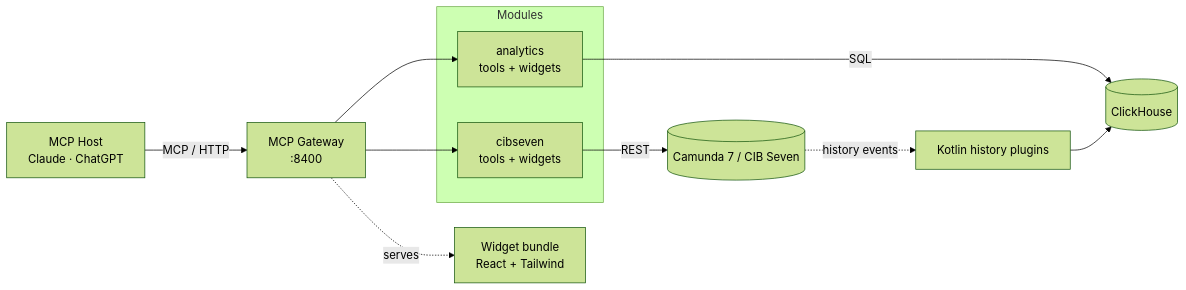
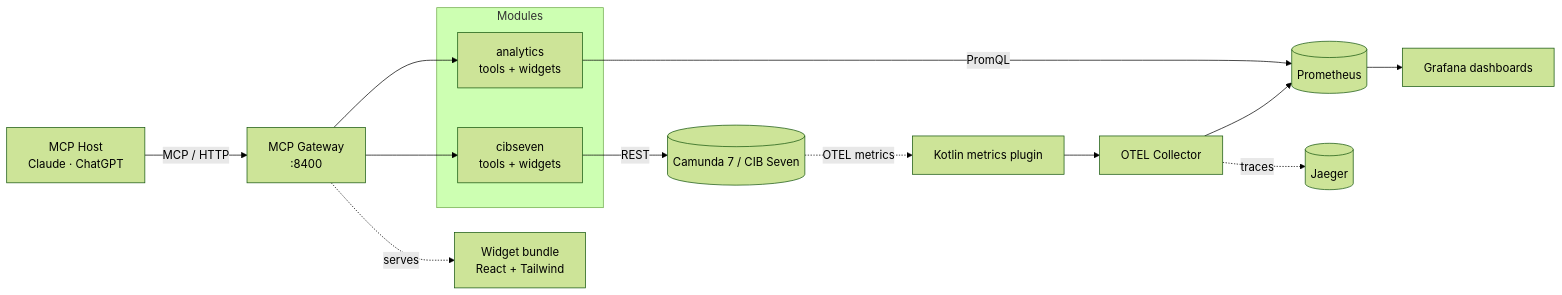
The diagram in docs/architecture.md (Miragon/miragon-ai), drawn with Mermaid (forest theme) before and after one commit. The commit also changed other lines of this file and 109 other files, not shown here.

First line of the commit message:
feat(analytics): metric-first analytics over Prometheus; remove ClickHouse (#92)

````diff
--- a/docs/architecture.md
+++ b/docs/architecture.md
@@ -10,20 +10,23 @@
 ```mermaid
 flowchart LR
   Host[MCP Host<br/>Claude · ChatGPT] -->|MCP / HTTP| Server[MCP Gateway<br/>:8400]
 
   subgraph Modules
     Cibseven[cibseven<br/>tools + widgets]
     Analytics[analytics<br/>tools + widgets]
   end
 
   Server --> Cibseven
   Server --> Analytics
 
   Cibseven -->|REST| Engine[(Camunda 7 / CIB Seven)]
-  Analytics -->|SQL| CH[(ClickHouse)]
+  Analytics -->|PromQL| Prom[(Prometheus)]
 
-  Engine -. history events .-> Plugins[Kotlin history plugins]
-  Plugins --> CH
+  Engine -. OTEL metrics .-> Plugin[Kotlin metrics plugin]
+  Plugin --> Collector[OTEL Collector]
+  Collector --> Prom
+  Collector -. traces .-> Jaeger[(Jaeger)]
+  Prom --> Grafana[Grafana dashboards]
 
   Server -. serves .-> Widgets[Widget bundle<br/>React + Tailwind]
 ```
````
